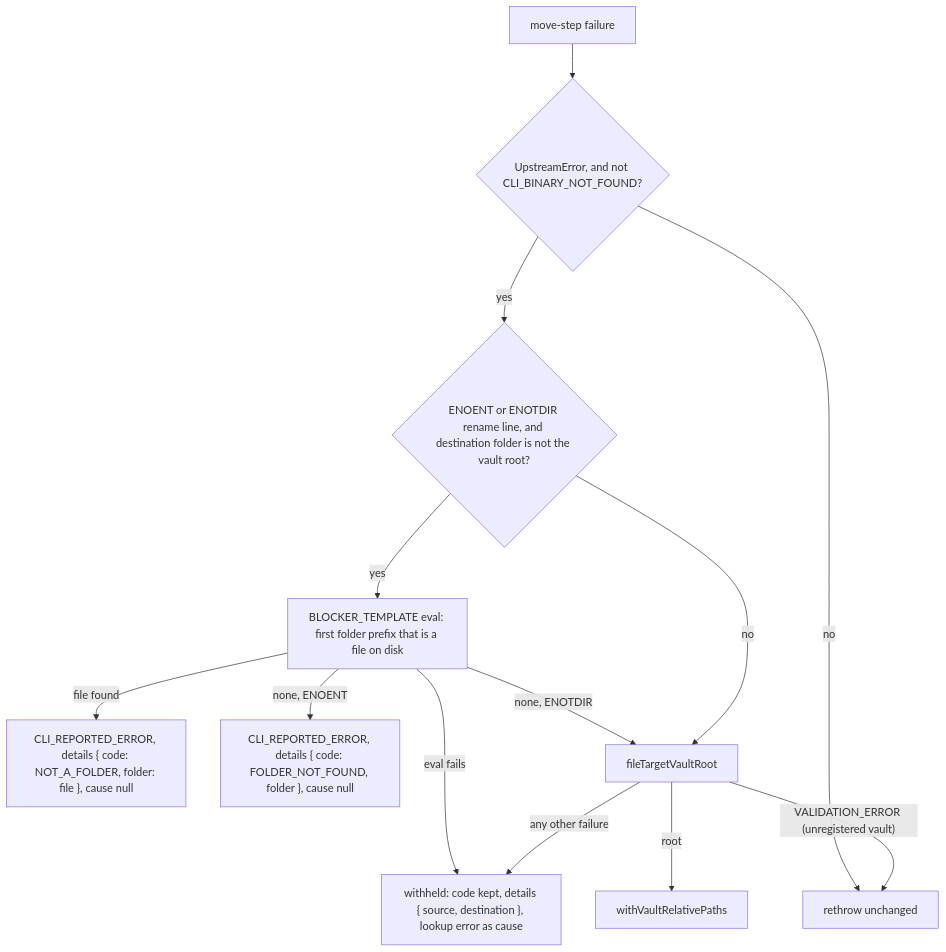
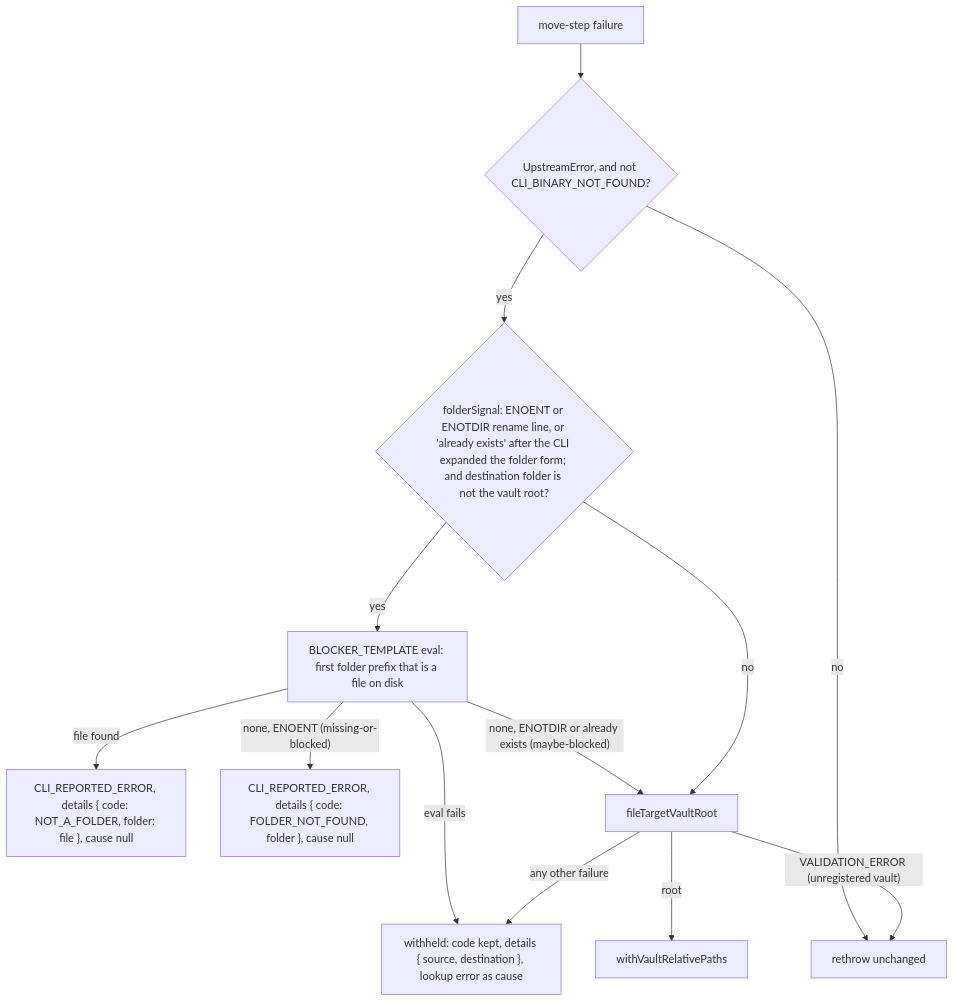
One commit to marwansaab/obsidian-cli-mcp changed the ninth of 10 diagrams in .docs-as-code/capabilities/mutate.md. Above: the diagram before and after it, drawn with Mermaid. The commit also changed other lines of this file and 4 other files, not shown here.

````diff
--- a/.docs-as-code/capabilities/mutate.md
+++ b/.docs-as-code/capabilities/mutate.md
@@ -860,15 +863,15 @@
 ```mermaid
 flowchart TD
   e[move-step failure] --> b{UpstreamError, and not CLI_BINARY_NOT_FOUND?}
   b -- no --> pass[rethrow unchanged]
-  b -- yes --> m{"ENOENT or ENOTDIR rename line, and destination folder is not the vault root?"}
+  b -- yes --> m{"folderSignal: ENOENT or ENOTDIR rename line, or 'already exists' after the CLI expanded the folder form; and destination folder is not the vault root?"}
   m -- yes --> k["BLOCKER_TEMPLATE eval: first folder prefix that is a file on disk"]
   k -- file found --> n["CLI_REPORTED_ERROR, details { code: NOT_A_FOLDER, folder: file }, cause null"]
-  k -- "none, ENOENT" --> f["CLI_REPORTED_ERROR, details { code: FOLDER_NOT_FOUND, folder }, cause null"]
-  k -- "none, ENOTDIR" --> l
+  k -- "none, ENOENT (missing-or-blocked)" --> f["CLI_REPORTED_ERROR, details { code: FOLDER_NOT_FOUND, folder }, cause null"]
+  k -- "none, ENOTDIR or already exists (maybe-blocked)" --> l
   k -- eval fails --> w
   m -- no --> l[fileTargetVaultRoot]
   l -- root --> r[withVaultRelativePaths]
   l -- "VALIDATION_ERROR (unregistered vault)" --> pass
   l -- any other failure --> w["withheld: code kept, details { source, destination }, lookup error as cause"]
 ```
````
